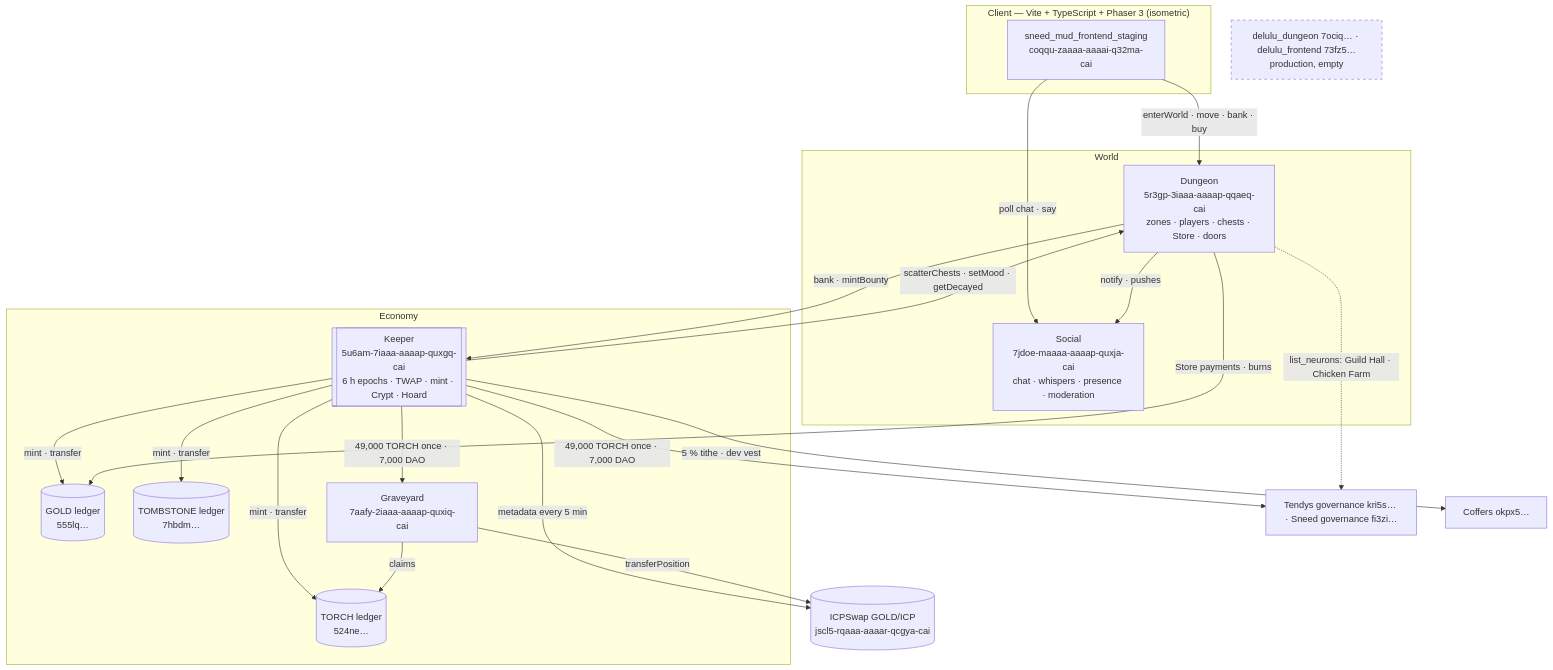
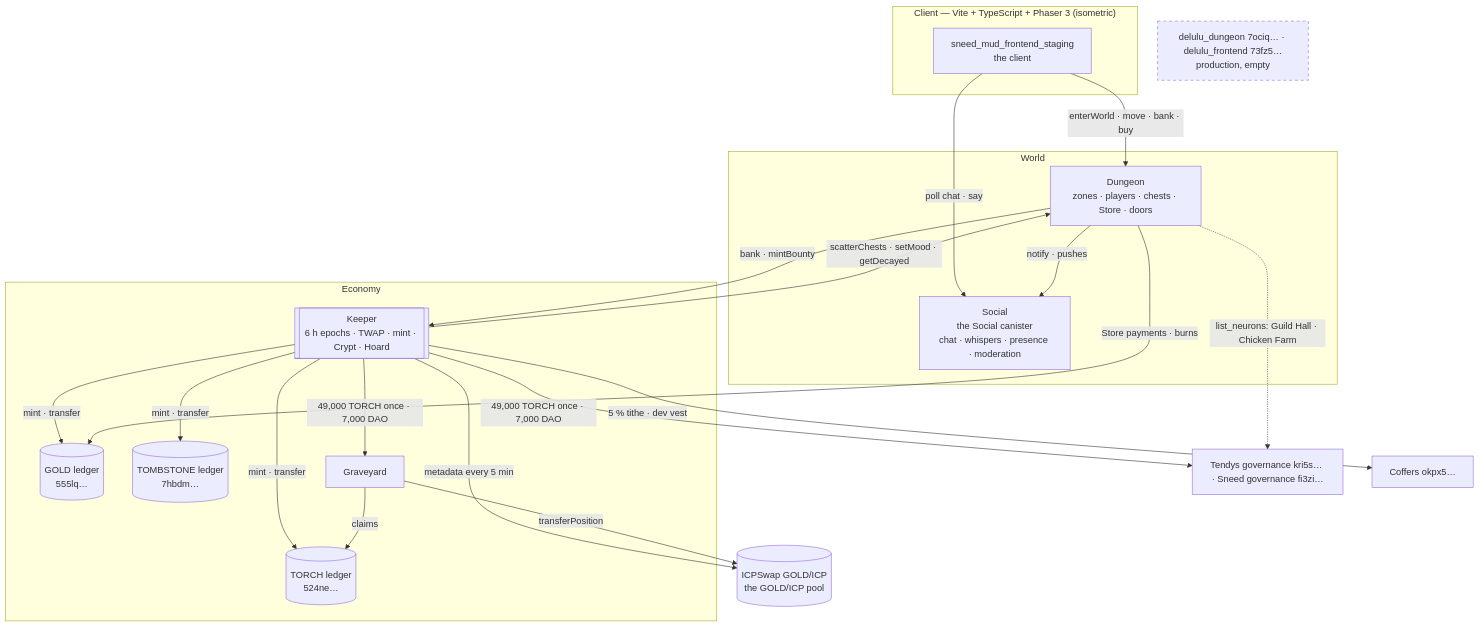
Before and after one commit to Smugandcomfy/delulu_canyon: the second of 3 diagrams in Faq.md, drawn with Mermaid. The commit also changed other lines of this file, not shown here.

First line of the commit message:
Faq: remove canister identifiers, principals and the operational registry

````diff
--- a/Faq.md
+++ b/Faq.md
@@ -159,35 +159,35 @@
 ```mermaid
 flowchart TB
     subgraph client["Client — Vite + TypeScript + Phaser 3 (isometric)"]
-        FE[sneed_mud_frontend_staging<br/>coqqu-zaaaa-aaaai-q32ma-cai]
+        FE[sneed_mud_frontend_staging<br/>the client]
     end
     subgraph world["World"]
-        D[Dungeon<br/>5r3gp-3iaaa-aaaap-qqaeq-cai<br/>zones · players · chests · Store · doors]
-        S[Social<br/>7jdoe-maaaa-aaaap-quxja-cai<br/>chat · whispers · presence · moderation]
+        D[Dungeon<br/>zones · players · chests · Store · doors]
+        S[Social<br/>the Social canister<br/>chat · whispers · presence · moderation]
     end
     subgraph economy["Economy"]
-        K[[Keeper<br/>5u6am-7iaaa-aaaap-quxgq-cai<br/>6 h epochs · TWAP · mint · Crypt · Hoard]]
+        K[[Keeper<br/>6 h epochs · TWAP · mint · Crypt · Hoard]]
         L1[(GOLD ledger<br/>555lq…)]
         L2[(TORCH ledger<br/>524ne…)]
         L3[(TOMBSTONE ledger<br/>7hbdm…)]
-        GY[Graveyard<br/>7aafy-2iaaa-aaaap-quxiq-cai]
+        GY[Graveyard]
     end
-    POOL[(ICPSwap GOLD/ICP<br/>jscl5-rqaaa-aaaar-qcgya-cai)]
+    POOL[(ICPSwap GOLD/ICP<br/>the GOLD/ICP pool)]
     SNS[Tendys governance kri5s… · Sneed governance fi3zi…]
     COF[Coffers okpx5…]
     FE -->|enterWorld · move · bank · buy| D
     FE -->|poll chat · say| S
     D -->|notify · pushes| S
     K -->|scatterChests · setMood · getDecayed| D
     D -->|bank · mintBounty| K
     K -->|mint · transfer| L1 & L2 & L3
     K -->|metadata every 5 min| POOL
     K -->|49,000 TORCH once · 7,000 DAO| GY & SNS
     K -->|5 % tithe · dev vest| COF
     D -->|Store payments · burns| L1
     D -.->|list_neurons: Guild Hall · Chicken Farm| SNS
     GY -->|transferPosition| POOL
     GY -->|claims| L2
     PROD[delulu_dungeon 7ociq… · delulu_frontend 73fz5…<br/>production, empty]:::dashed
     classDef dashed stroke-dasharray: 5 5
 ```
````
